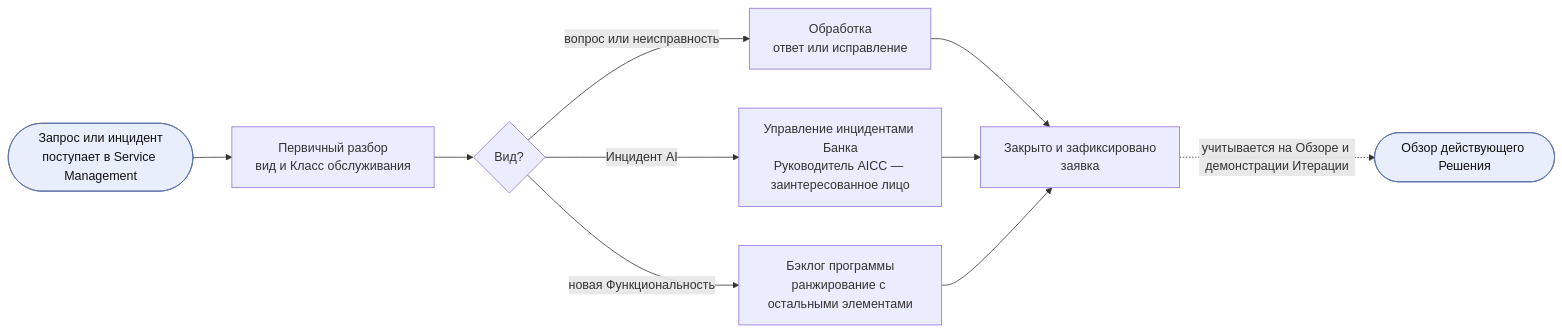
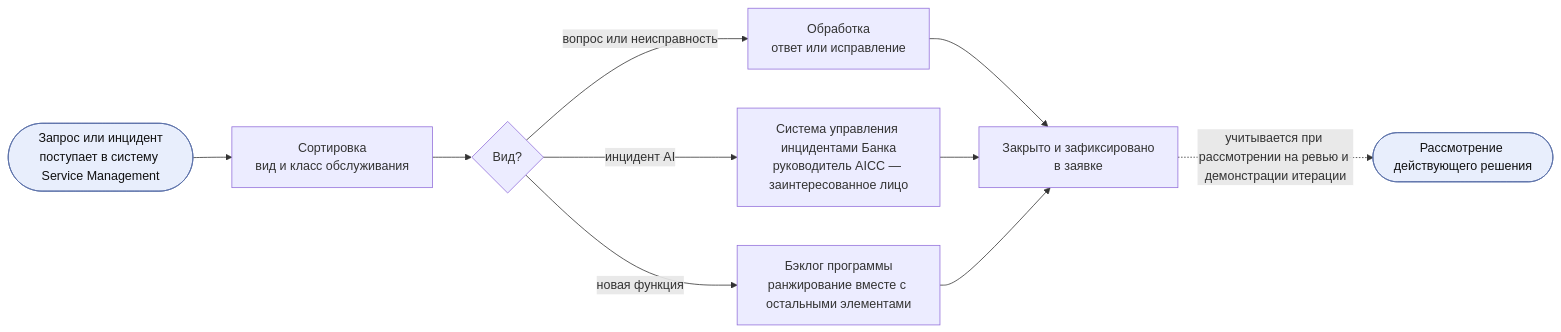
Before and after one commit to devhogu/ob-aicc: diagram 12 of 13 in charter/ru/documents/solution-lifecycle-model.md, drawn with Mermaid. The commit also changed other lines of this file and 1 other file, not shown here.

````diff
--- a/charter/ru/documents/solution-lifecycle-model.md
+++ b/charter/ru/documents/solution-lifecycle-model.md
@@ -456,13 +456,13 @@
 ```mermaid
 flowchart LR
-  RQ(["Запрос или инцидент<br/>поступает в Service Management"]):::iface --> TR["Первичный разбор<br/>вид и Класс обслуживания"]
+  RQ(["Запрос или инцидент<br/>поступает в систему Service Management"]):::iface --> TR["Сортировка<br/>вид и класс обслуживания"]
   TR --> K{"Вид?"}
-  K -->|Инцидент AI| IM["Управление инцидентами Банка<br/>Руководитель AICC — заинтересованное лицо"]
+  K -->|инцидент AI| IM["Система управления инцидентами Банка<br/>руководитель AICC — заинтересованное лицо"]
   K -->|вопрос или неисправность| HD["Обработка<br/>ответ или исправление"]
-  K -->|новая Функциональность| PB["Бэклог программы<br/>ранжирование с остальными элементами"]
-  HD --> CL["Закрыто и зафиксировано<br/>заявка"]
+  K -->|новая функция| PB["Бэклог программы<br/>ранжирование вместе с остальными элементами"]
+  HD --> CL["Закрыто и зафиксировано<br/>в заявке"]
   IM --> CL
   PB --> CL
-  CL -.учитывается на Обзоре и демонстрации Итерации.-> RV(["Обзор действующего Решения"]):::iface
+  CL -.учитывается при рассмотрении на ревью и демонстрации итерации.-> RV(["Рассмотрение действующего решения"]):::iface
   classDef iface fill:#e8eefc,stroke:#5a6fa8,color:#111
 ```
````
